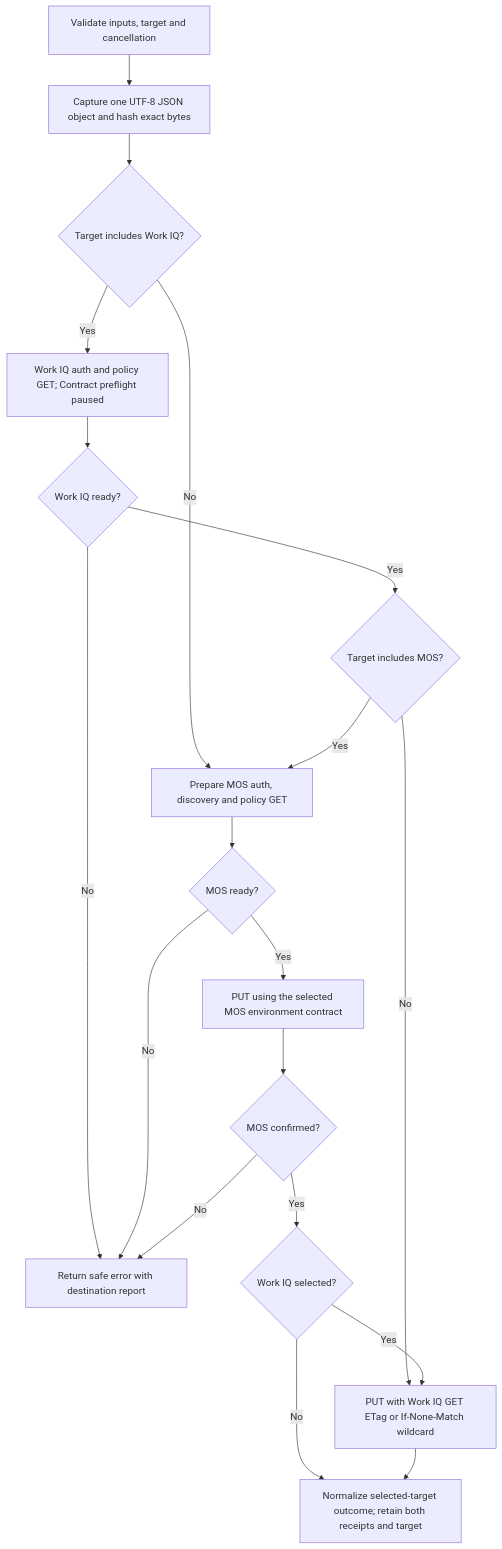
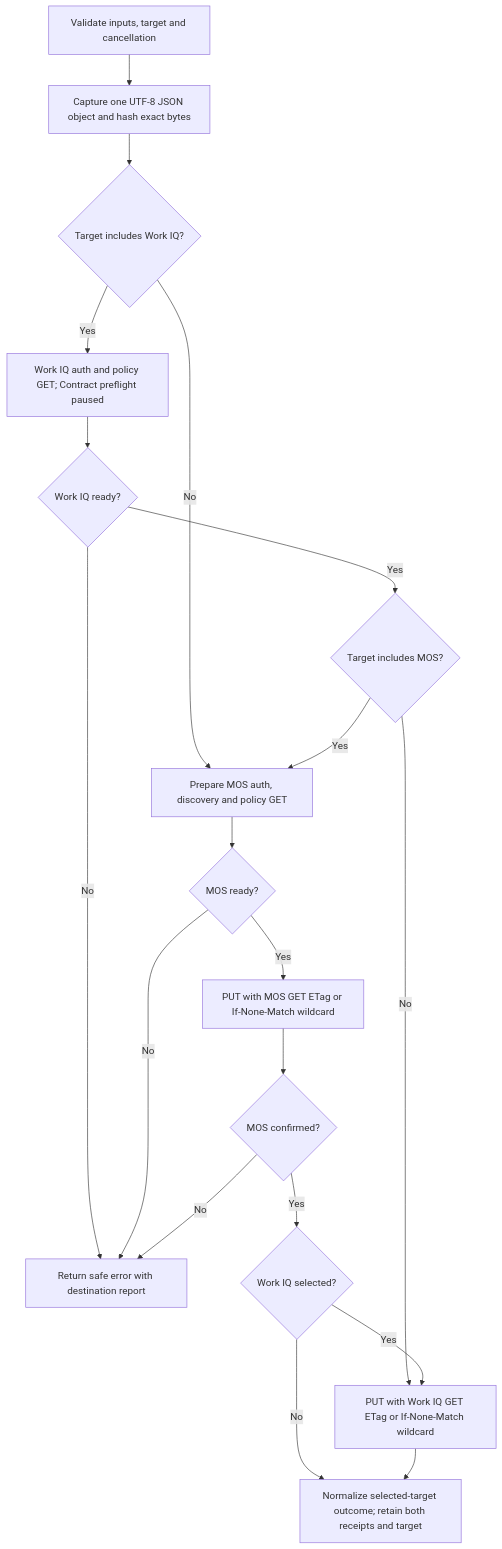
The diagram in docs/03-specs/operations/lifecycle/workiq-publish-policy.md (OfficeDev/microsoft-365-agents-toolkit), drawn with Mermaid before and after one commit. The commit also changed other lines of this file and 9 other files, not shown here.

````diff
--- a/docs/03-specs/operations/lifecycle/workiq-publish-policy.md
+++ b/docs/03-specs/operations/lifecycle/workiq-publish-policy.md
@@ -350,21 +326,21 @@
 ```mermaid
 flowchart TD
   Input[Validate inputs, target and cancellation] --> Capture[Capture one UTF-8 JSON object and hash exact bytes]
   Capture --> SelectWIQ{Target includes Work IQ?}
   SelectWIQ -->|Yes| WIQPrepare[Work IQ auth and policy GET; Contract preflight paused]
   WIQPrepare --> WIQReady{Work IQ ready?}
   WIQReady -->|No| Failure[Return safe error with destination report]
   WIQReady -->|Yes| SelectMOS{Target includes MOS?}
   SelectWIQ -->|No| Preflight[Prepare MOS auth, discovery and policy GET]
   SelectMOS -->|Yes| Preflight
   SelectMOS -->|No| WIQ[PUT with Work IQ GET ETag or If-None-Match wildcard]
   Preflight --> Ready{MOS ready?}
   Ready -->|No| Failure
-  Ready -->|Yes| MOS[PUT using the selected MOS environment contract]
+  Ready -->|Yes| MOS[PUT with MOS GET ETag or If-None-Match wildcard]
   MOS --> Confirmed{MOS confirmed?}
   Confirmed -->|No| Failure
   Confirmed -->|Yes| Remaining{Work IQ selected?}
   Remaining -->|Yes| WIQ
   Remaining -->|No| Report[Normalize selected-target outcome; retain both receipts and target]
   WIQ --> Report
 ```
````
